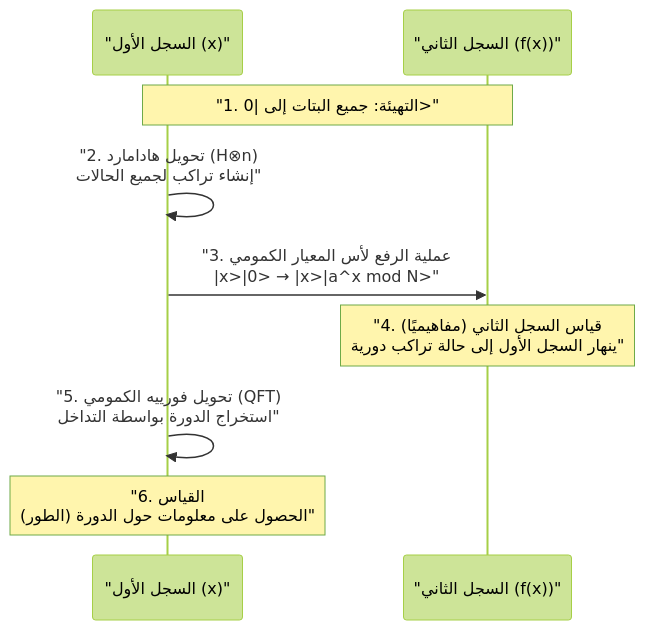
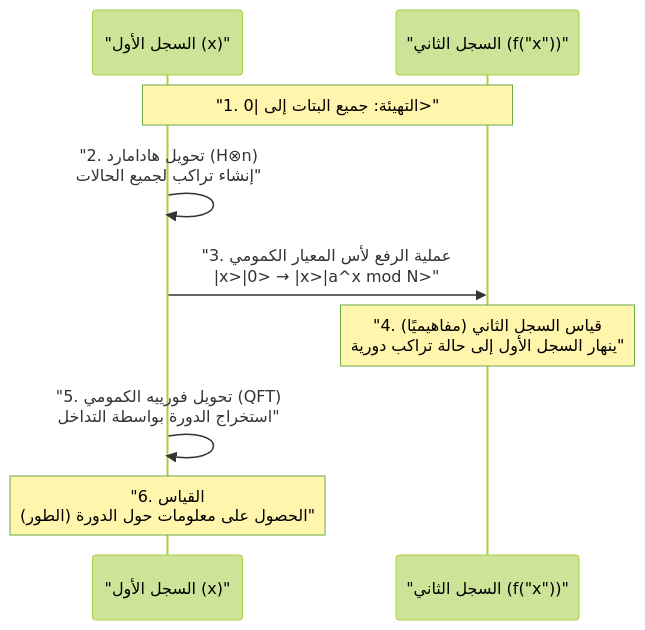
One commit to kenjinote/blog changed the second of 2 diagrams in content/post/quantum-computing-shors-algorithm/index.ar.md. Above: the diagram before and after it, drawn with Mermaid (forest theme). The commit also changed 929 other files, not shown here.

Commit message:
fix: Add double quotes to all Mermaid node texts to resolve syntax errors

````diff
--- a/content/post/quantum-computing-shors-algorithm/index.ar.md
+++ b/content/post/quantum-computing-shors-algorithm/index.ar.md
@@ -197,12 +197,12 @@
 ```mermaid
 sequenceDiagram
     participant Q_Reg1 as "السجل الأول (x)"
-    participant Q_Reg2 as "السجل الثاني (f(x))"
+    participant Q_Reg2 as "السجل الثاني (f("x"))"
     
     Note over Q_Reg1,Q_Reg2: "1. التهيئة: جميع البتات إلى |0>"
     Q_Reg1->>Q_Reg1: "2. تحويل هادامارد (H⊗n) <br/>إنشاء تراكب لجميع الحالات"
     Q_Reg1->>Q_Reg2: "3. عملية الرفع لأس المعيار الكمومي <br/> |x>|0> → |x>|a^x mod N>"
     Note over Q_Reg2: "4. (مفاهيميًا) قياس السجل الثاني<br/>ينهار السجل الأول إلى حالة تراكب دورية"
     Q_Reg1->>Q_Reg1: "5. تحويل فورييه الكمومي (QFT)<br/>استخراج الدورة بواسطة التداخل"
     Note over Q_Reg1: "6. القياس<br/>الحصول على معلومات حول الدورة (الطور)"
 ```
````
